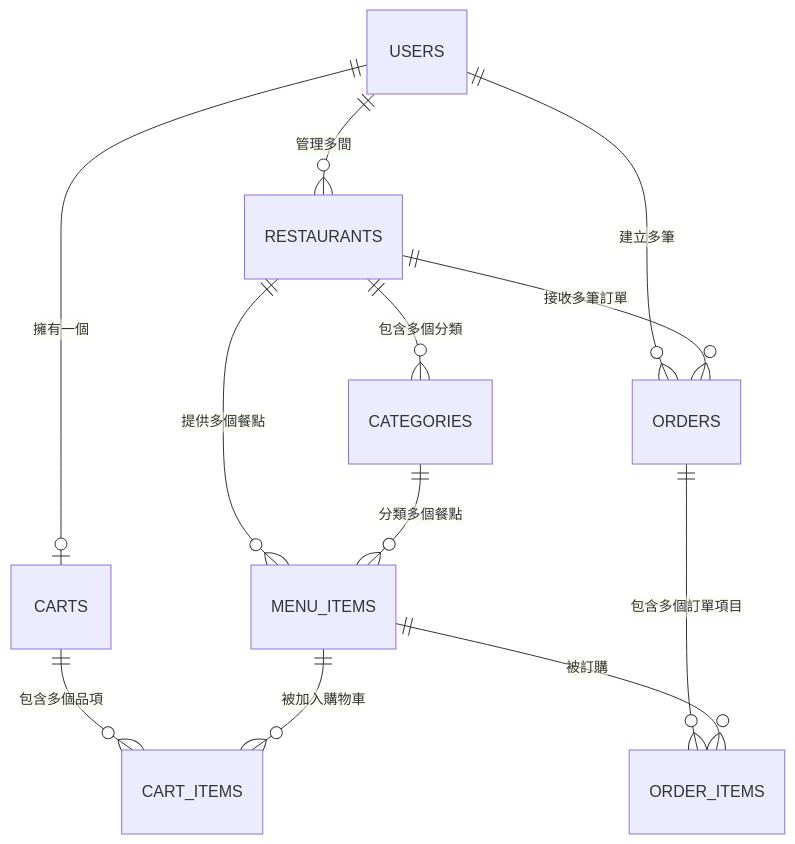
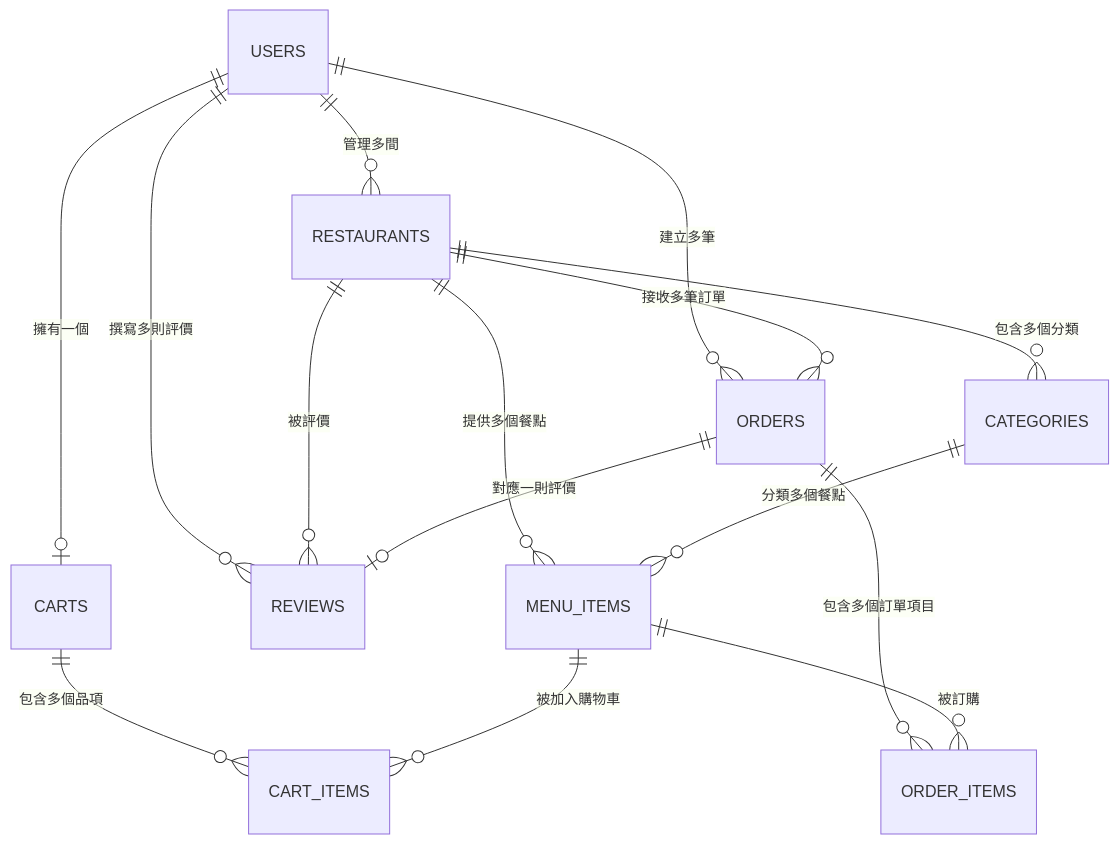
One commit to chinglin-k/Render-test changed the diagram in doc/data-model.md. Above: the diagram before and after it, drawn with Mermaid. The commit also changed other lines of this file and 5 other files, not shown here.

````diff
--- a/doc/data-model.md
+++ b/doc/data-model.md
@@ -10,14 +10,17 @@
 ```mermaid
 erDiagram
     USERS ||--o| CARTS : "擁有一個"
     USERS ||--o{ ORDERS : "建立多筆"
     USERS ||--o{ RESTAURANTS : "管理多間"
+    USERS ||--o{ REVIEWS : "撰寫多則評價"
     RESTAURANTS ||--o{ CATEGORIES : "包含多個分類"
     RESTAURANTS ||--o{ MENU_ITEMS : "提供多個餐點"
     RESTAURANTS ||--o{ ORDERS : "接收多筆訂單"
+    RESTAURANTS ||--o{ REVIEWS : "被評價"
     CATEGORIES ||--o{ MENU_ITEMS : "分類多個餐點"
     CARTS ||--o{ CART_ITEMS : "包含多個品項"
     MENU_ITEMS ||--o{ CART_ITEMS : "被加入購物車"
     ORDERS ||--o{ ORDER_ITEMS : "包含多個訂單項目"
+    ORDERS ||--o| REVIEWS : "對應一則評價"
     MENU_ITEMS ||--o{ ORDER_ITEMS : "被訂購"
 ```
````
